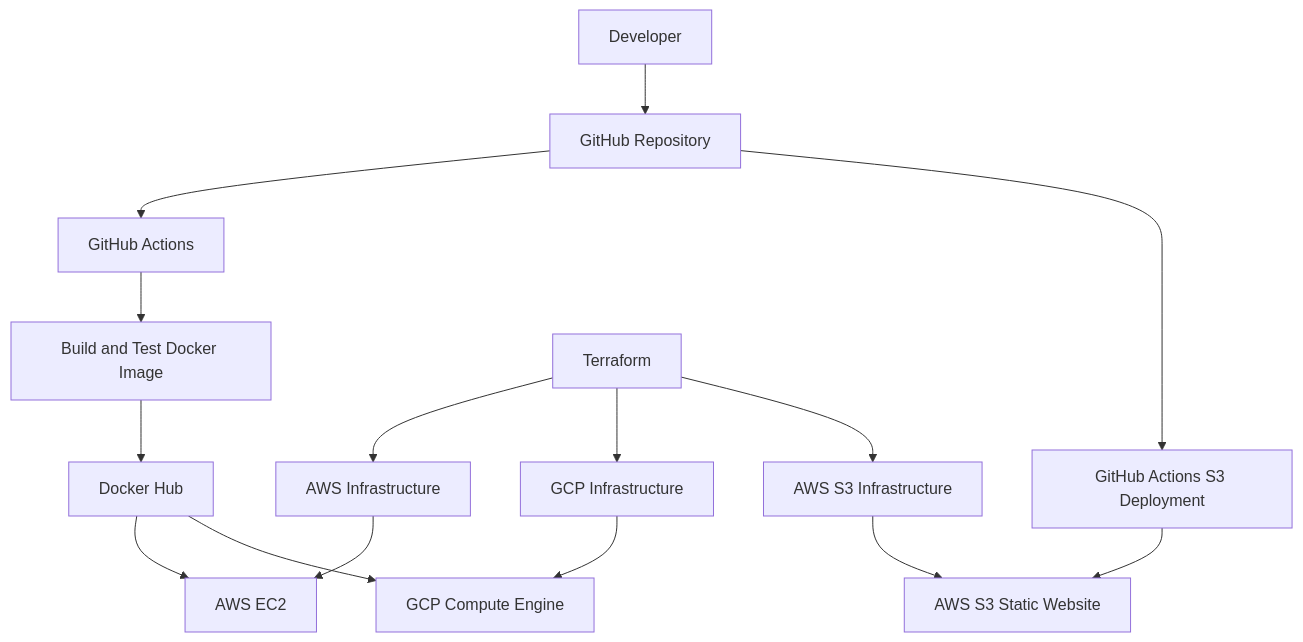
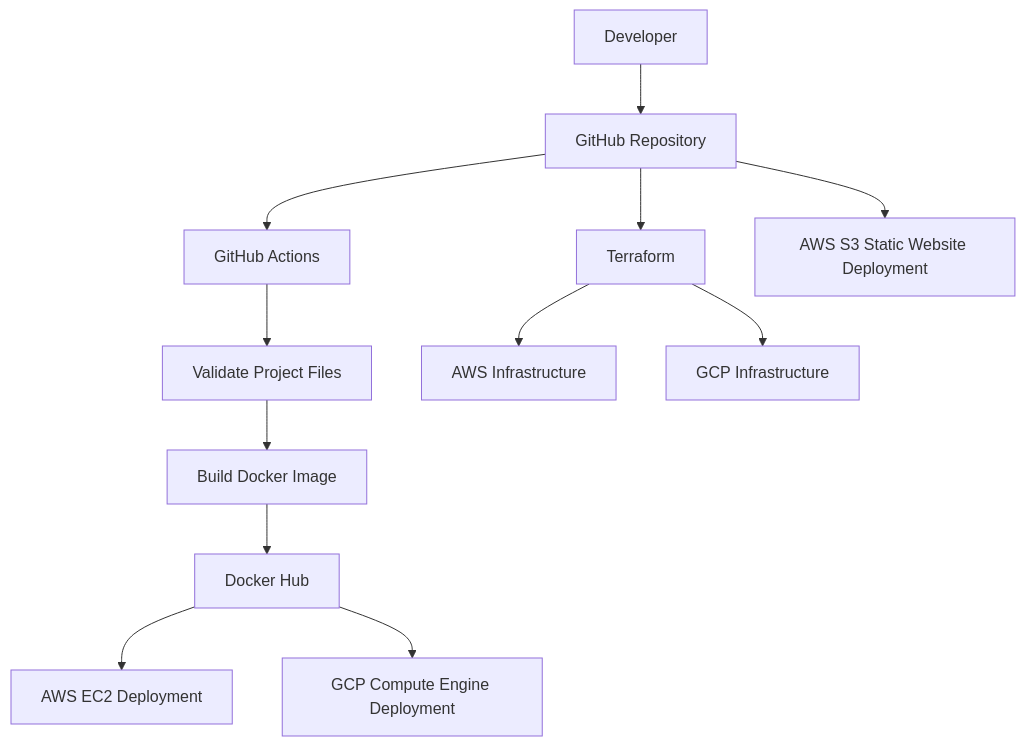
The diagram in README.md (prameelarani07/multicloud-devops), drawn with Mermaid before and after one commit. The commit also changed other lines of this file, not shown here.

Commit message:
Update README after cloud infrastructure cleanup

````diff
--- a/README.md
+++ b/README.md
@@ -281,22 +57,14 @@
 ```mermaid
 flowchart TD
     A[Developer] --> B[GitHub Repository]
-
     B --> C[GitHub Actions]
-    C --> D[Build and Test Docker Image]
-    D --> E[Docker Hub]
-
-    E --> F[AWS EC2]
-    E --> G[GCP Compute Engine]
-
-    B --> H[GitHub Actions S3 Deployment]
-    H --> I[AWS S3 Static Website]
-
-    J[Terraform] --> K[AWS Infrastructure]
-    J --> L[GCP Infrastructure]
-    J --> M[AWS S3 Infrastructure]
-
-    K --> F
-    L --> G
-    M --> I
+    C --> D[Validate Project Files]
+    D --> E[Build Docker Image]
+    E --> F[Docker Hub]
+    F --> G[AWS EC2 Deployment]
+    F --> H[GCP Compute Engine Deployment]
+    B --> I[Terraform]
+    I --> J[AWS Infrastructure]
+    I --> K[GCP Infrastructure]
+    B --> L[AWS S3 Static Website Deployment]
 ```
````
